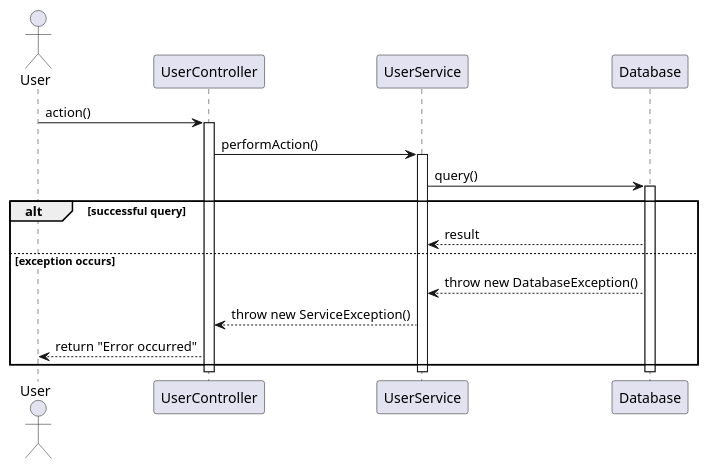
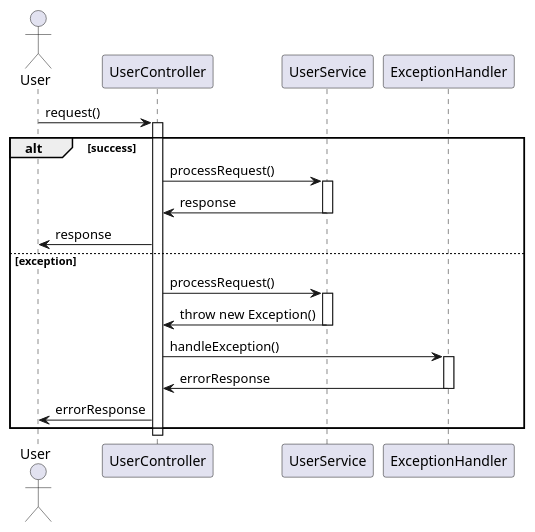
Before and after one commit to Dinesh-s95/AutoDoc.ai: the fifth of 6 diagrams in identityprovider/documentation/detaileddesign.adoc, drawn with PlantUML. The commit also changed other lines of this file and 4 other files, not shown here.

```diff
--- a/identityprovider/documentation/detaileddesign.adoc
+++ b/identityprovider/documentation/detaileddesign.adoc
@@ -224,26 +362,30 @@
-[plantuml, exception-handling-sequence, png]
+[plantuml, exception-handling-flow, png]
 ----
 @startuml
-actor "User" as U
-participant "UserController" as UC
-participant "UserService" as US
-participant "Database" as DB
+actor User
+participant UserController
+participant UserService
+participant "ExceptionHandler"
 
-U -> UC : action()
-activate UC
-UC -> US : performAction()
-activate US
-US -> DB : query()
-activate DB
-alt successful query
-    DB --> US : result
-else exception occurs
-    DB --> US : throw new DatabaseException()
-    US --> UC : throw new ServiceException()
-    UC --> U : return "Error occurred"
+User -> UserController : request()
+activate UserController
+alt success
+    UserController -> UserService : processRequest()
+    activate UserService
+    UserService -> UserController : response
+    deactivate UserService
+    UserController -> User : response
+else exception
+    UserController -> UserService : processRequest()
+    activate UserService
+    UserService -> UserController : throw new Exception()
+    deactivate UserService
+    UserController -> "ExceptionHandler" : handleException()
+    activate "ExceptionHandler"
+    "ExceptionHandler" -> UserController : errorResponse
+    deactivate "ExceptionHandler"
+    UserController -> User : errorResponse
 end
-deactivate DB
-deactivate US
-deactivate UC
+deactivate UserController
 @enduml
 ----
```
